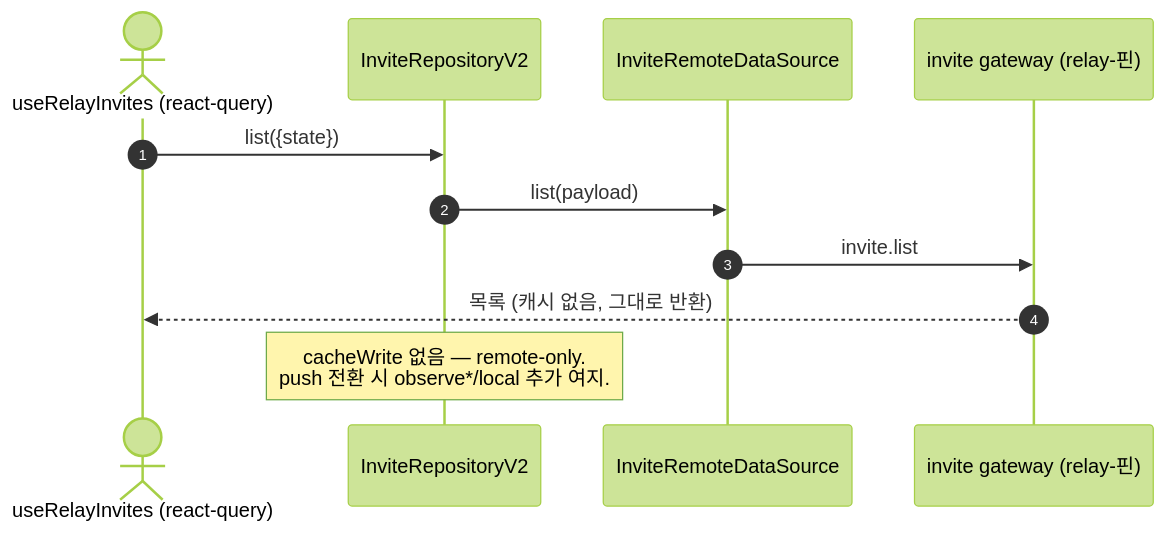
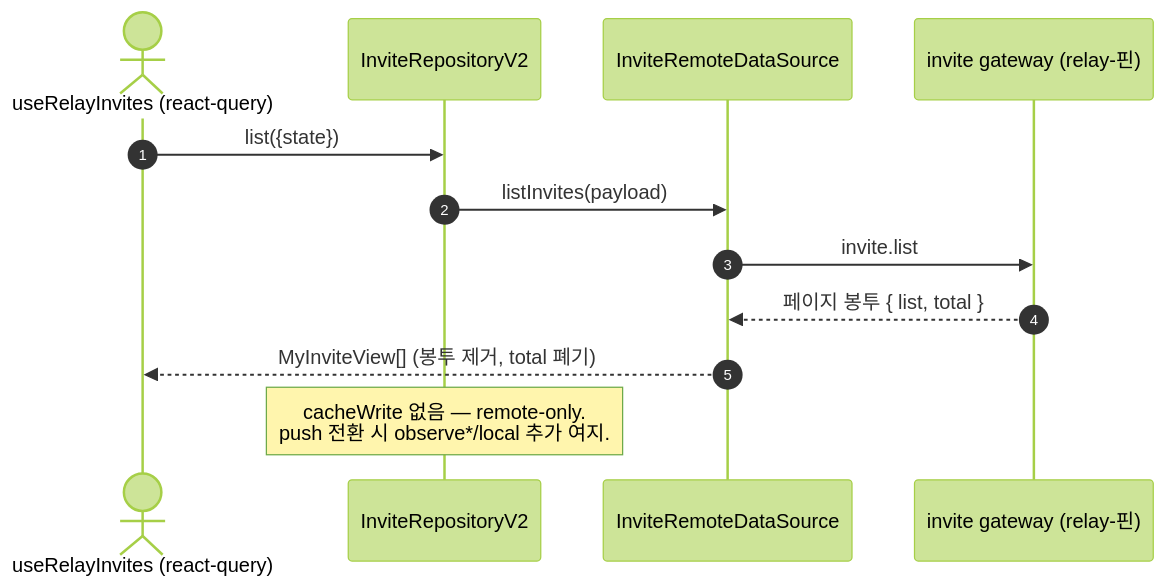
The second of 2 diagrams in libs/app-runtime/docs/data-access.md (lemoncloud-io/dou-app), drawn with Mermaid (forest theme) before and after one commit. The commit also changed other lines of this file and 5 other files, not shown here.

````diff
--- a/libs/app-runtime/docs/data-access.md
+++ b/libs/app-runtime/docs/data-access.md
@@ -101,14 +102,15 @@
 ```mermaid
 sequenceDiagram
     autonumber
     actor UI as useRelayInvites (react-query)
     participant Repo as InviteRepositoryV2
     participant RDS as InviteRemoteDataSource
     participant GW as invite gateway (relay-핀)
 
     UI->>Repo: list({state})
-    Repo->>RDS: list(payload)
+    Repo->>RDS: listInvites(payload)
     RDS->>GW: invite.list
-    GW-->>UI: 목록 (캐시 없음, 그대로 반환)
+    GW-->>RDS: 페이지 봉투 { list, total }
+    RDS-->>UI: MyInviteView[] (봉투 제거, total 폐기)
     Note over Repo: cacheWrite 없음 — remote-only.<br/>push 전환 시 observe*/local 추가 여지.
 ```
````
